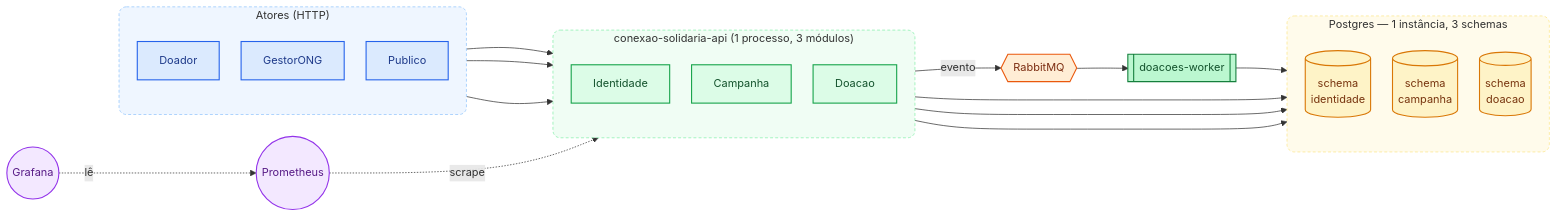
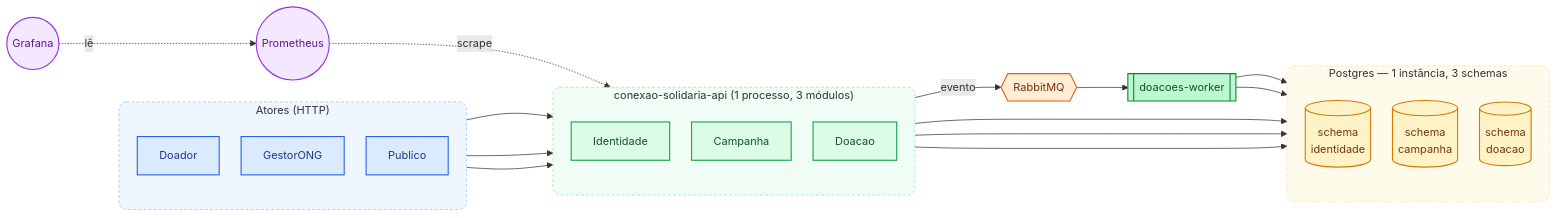
One commit to 11NETTG30/FIAP-Conexao-Solidaria changed the diagram in docs/conexao-solidaria/ARQUITETURA.md. Above: the diagram before and after it, drawn with Mermaid. The commit also changed other lines of this file and 3 other files, not shown here.

````diff
--- a/docs/conexao-solidaria/ARQUITETURA.md
+++ b/docs/conexao-solidaria/ARQUITETURA.md
@@ -50,57 +50,58 @@
 ```mermaid
 %%{init: {"flowchart": {"htmlLabels": true, "curve": "basis", "nodeSpacing": 30, "rankSpacing": 70}, "themeVariables": {"fontFamily": "Helvetica, Arial, sans-serif", "fontSize": "15px"}} }%%
 flowchart LR
   subgraph Atores["Atores (HTTP)"]
     direction TB
     Doador
     GestorONG[GestorONG]
     Publico[Publico]
   end
 
   subgraph API["conexao-solidaria-api (1 processo, 3 módulos)"]
     direction TB
     Identidade[Identidade]
     Campanha[Campanha]
     Doacao[Doacao]
   end
 
   subgraph DB["Postgres — 1 instância, 3 schemas"]
     direction TB
     SchemaIdentidade[("schema<br/>identidade")]
     SchemaCampanha[("schema<br/>campanha")]
     SchemaDoacao[("schema<br/>doacao")]
   end
 
-  Atores --> Identidade
-  Atores --> Campanha
-  Atores --> Doacao
+  Doador --> API
+  GestorONG --> API
+  Publico --> API
 
   Identidade --> SchemaIdentidade
   Campanha --> SchemaCampanha
   Doacao --> SchemaDoacao
 
   Doacao -->|evento| Fila{{RabbitMQ}}
   Fila --> Worker[["doacoes-worker"]]
-  Worker --> DB
+  Worker --> SchemaDoacao
+  Worker --> SchemaCampanha
 
   Prometheus((Prometheus)) -.->|scrape| API
   Grafana((Grafana)) -.->|lê| Prometheus
 
   classDef ator fill:#dbeafe,stroke:#2563eb,stroke-width:1.5px,color:#1e3a8a
   classDef modulo fill:#dcfce7,stroke:#16a34a,stroke-width:1.5px,color:#14532d
   classDef worker fill:#bbf7d0,stroke:#15803d,stroke-width:1.5px,color:#14532d
   classDef fila fill:#ffedd5,stroke:#ea580c,stroke-width:1.5px,color:#7c2d12
   classDef dados fill:#fef3c7,stroke:#d97706,stroke-width:1.5px,color:#78350f
   classDef obs fill:#f3e8ff,stroke:#9333ea,stroke-width:1.5px,color:#581c87
 
   class Doador,GestorONG,Publico ator
   class Identidade,Campanha,Doacao modulo
   class Worker worker
   class Fila fila
   class SchemaIdentidade,SchemaCampanha,SchemaDoacao dados
   class Prometheus,Grafana obs
 
   style Atores fill:#eff6ff,stroke:#93c5fd,stroke-width:1px,stroke-dasharray: 4 3,rx:10,ry:10
   style API fill:#f0fdf4,stroke:#86efac,stroke-width:1px,stroke-dasharray: 4 3,rx:10,ry:10
   style DB fill:#fffbeb,stroke:#fde68a,stroke-width:1px,stroke-dasharray: 4 3,rx:10,ry:10
 ```
````
